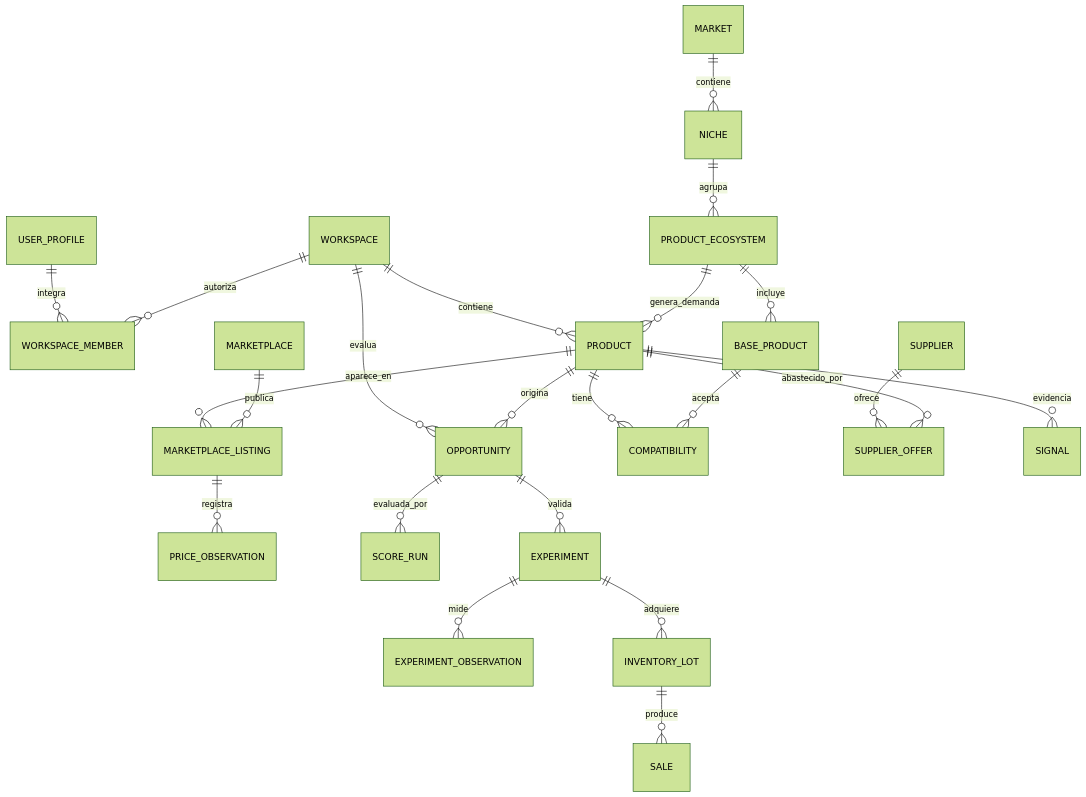
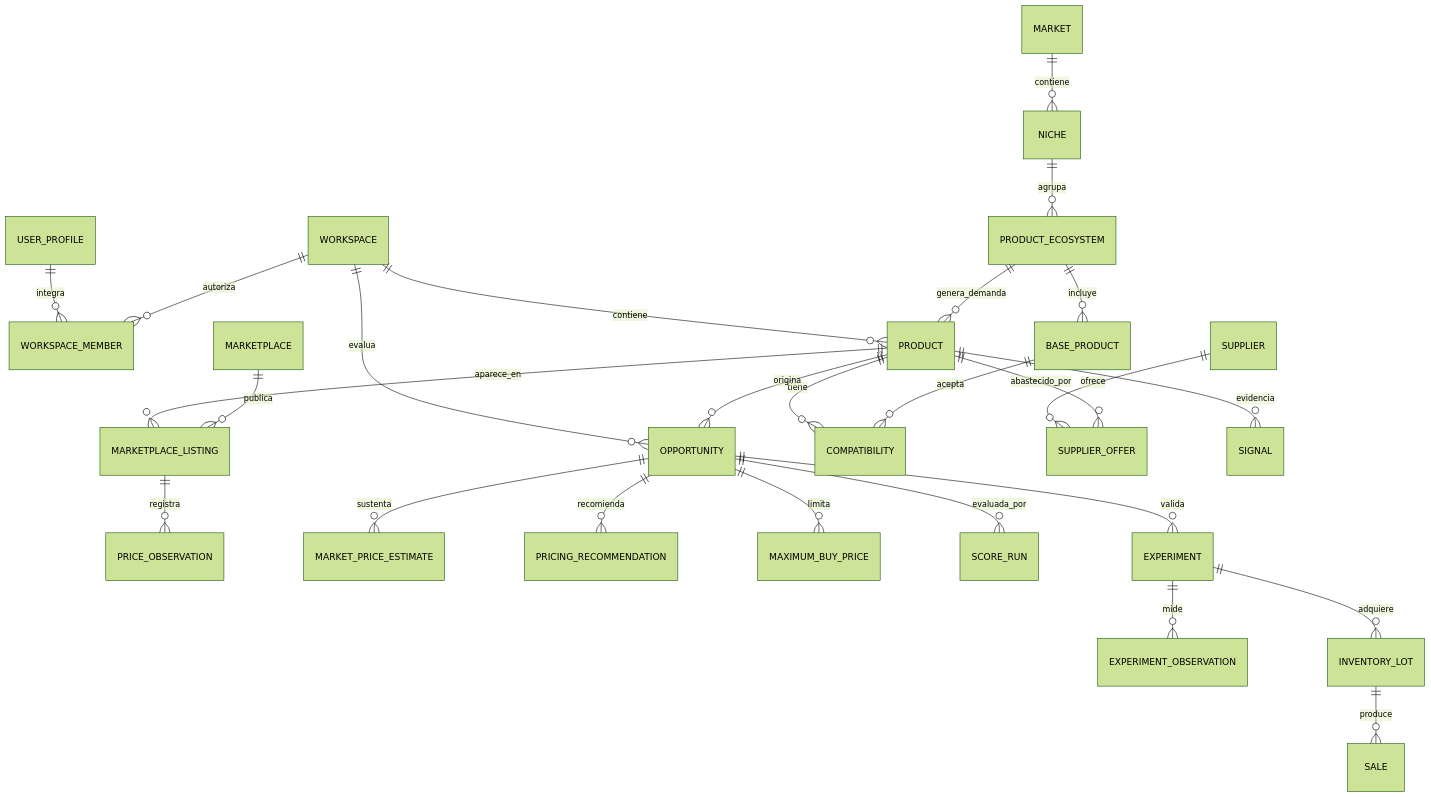
The diagram in docs/architecture/DATA_MODEL.md (Gabriellqe/COIE), drawn with Mermaid (forest theme) before and after one commit. The commit also changed other lines of this file and 48 other files, not shown here.

Commit message:
restructure COIE around MVP-A decision flow

````diff
--- a/docs/architecture/DATA_MODEL.md
+++ b/docs/architecture/DATA_MODEL.md
@@ -29,25 +34,28 @@
 ```mermaid
 erDiagram
     USER_PROFILE ||--o{ WORKSPACE_MEMBER : integra
     WORKSPACE ||--o{ WORKSPACE_MEMBER : autoriza
     WORKSPACE ||--o{ PRODUCT : contiene
     WORKSPACE ||--o{ OPPORTUNITY : evalua
     MARKET ||--o{ NICHE : contiene
     NICHE ||--o{ PRODUCT_ECOSYSTEM : agrupa
     PRODUCT_ECOSYSTEM ||--o{ BASE_PRODUCT : incluye
     PRODUCT_ECOSYSTEM ||--o{ PRODUCT : genera_demanda
     PRODUCT ||--o{ MARKETPLACE_LISTING : aparece_en
     MARKETPLACE ||--o{ MARKETPLACE_LISTING : publica
     MARKETPLACE_LISTING ||--o{ PRICE_OBSERVATION : registra
     PRODUCT ||--o{ COMPATIBILITY : tiene
     BASE_PRODUCT ||--o{ COMPATIBILITY : acepta
     SUPPLIER ||--o{ SUPPLIER_OFFER : ofrece
     PRODUCT ||--o{ SUPPLIER_OFFER : abastecido_por
     PRODUCT ||--o{ SIGNAL : evidencia
     PRODUCT ||--o{ OPPORTUNITY : origina
+    OPPORTUNITY ||--o{ MARKET_PRICE_ESTIMATE : sustenta
+    OPPORTUNITY ||--o{ PRICING_RECOMMENDATION : recomienda
+    OPPORTUNITY ||--o{ MAXIMUM_BUY_PRICE : limita
     OPPORTUNITY ||--o{ SCORE_RUN : evaluada_por
     OPPORTUNITY ||--o{ EXPERIMENT : valida
     EXPERIMENT ||--o{ EXPERIMENT_OBSERVATION : mide
     EXPERIMENT ||--o{ INVENTORY_LOT : adquiere
     INVENTORY_LOT ||--o{ SALE : produce
 ```
````
